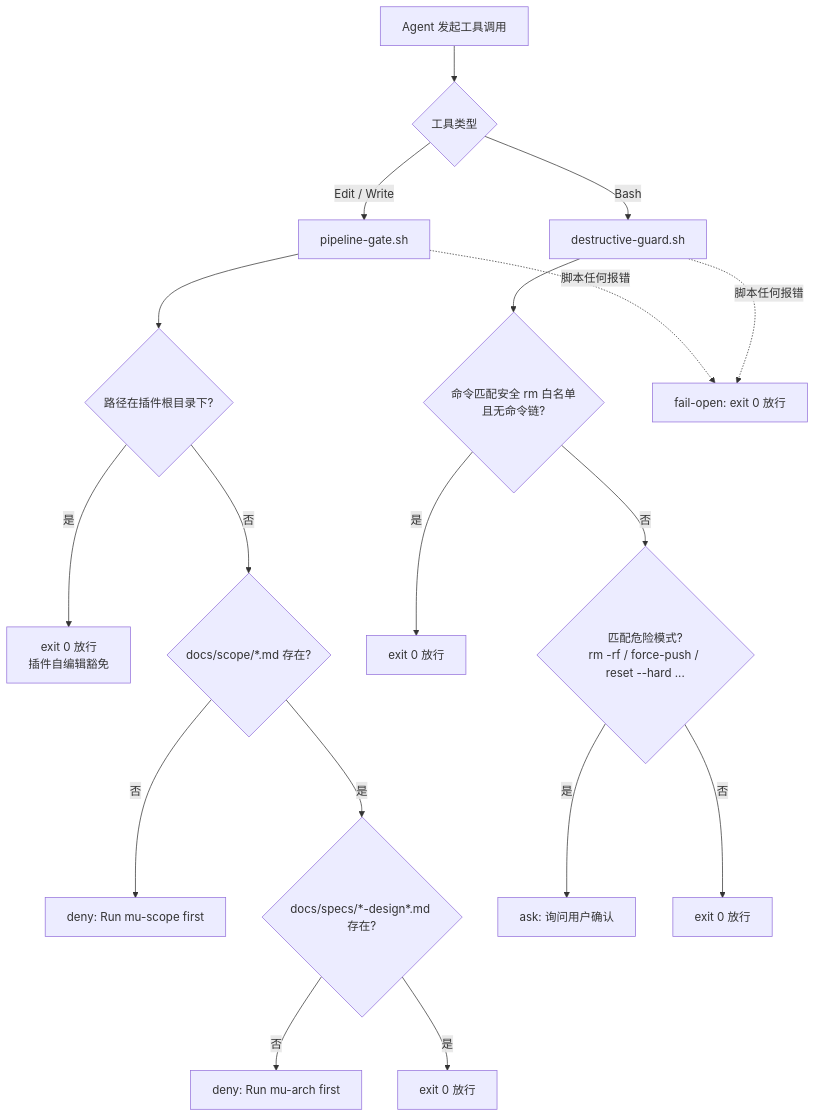
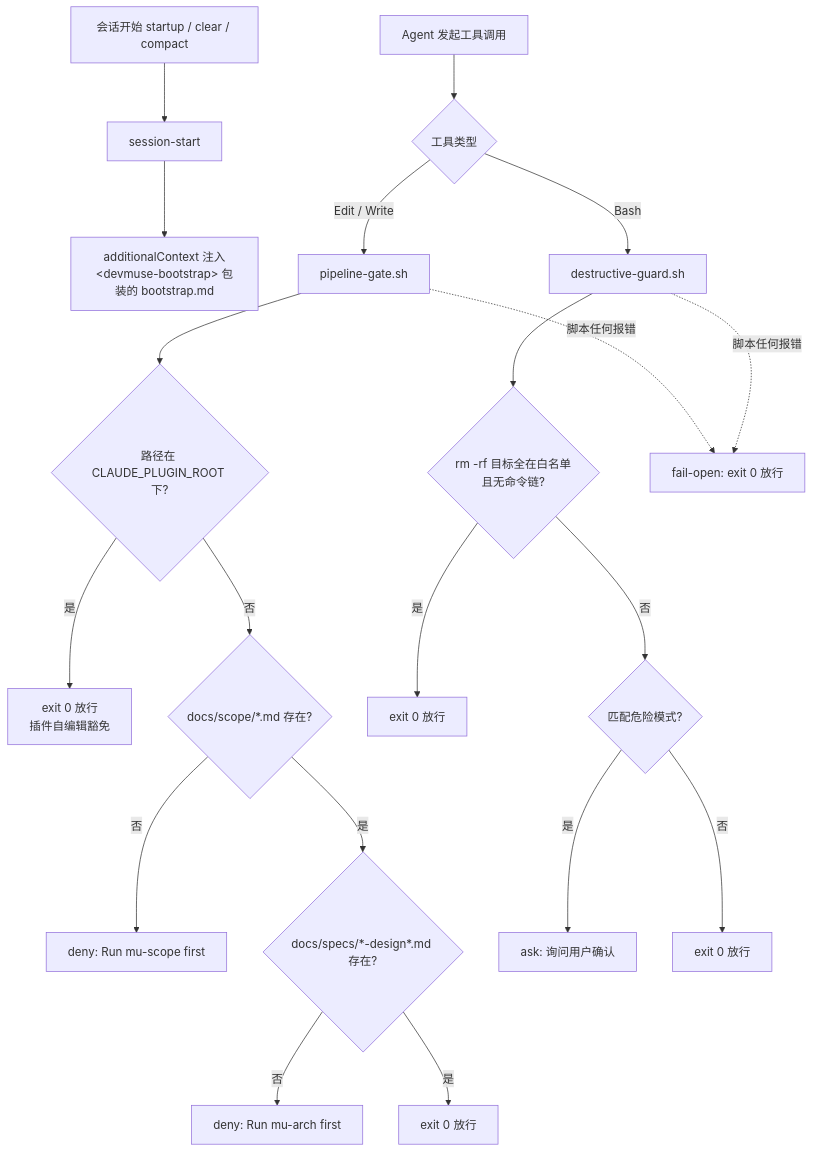
The first of 2 diagrams in docs/wiki/hooks-and-gates.md (knotmark-ai/devmuse), drawn with Mermaid before and after one commit. The commit also changed other lines of this file and 6 other files, not shown here.

````diff
--- a/docs/wiki/hooks-and-gates.md
+++ b/docs/wiki/hooks-and-gates.md
@@ -36,23 +34,26 @@
 ```mermaid
 graph TD
+    S[会话开始 startup / clear / compact] --> SS[session-start]
+    SS --> INJ["additionalContext 注入<br/>&lt;devmuse-bootstrap&gt; 包装的 bootstrap.md"]
+
     A[Agent 发起工具调用] --> B{工具类型}
     B -->|Edit / Write| C[pipeline-gate.sh]
     B -->|Bash| D[destructive-guard.sh]
 
-    C --> E{路径在插件根目录下?}
+    C --> E{路径在 CLAUDE_PLUGIN_ROOT 下?}
     E -->|是| F[exit 0 放行<br/>插件自编辑豁免]
     E -->|否| G{docs/scope/*.md 存在?}
-    G -->|否| H[deny: Run mu-scope first]
+    G -->|否| H["deny: Run mu-scope first"]
     G -->|是| I{docs/specs/*-design*.md 存在?}
-    I -->|否| J[deny: Run mu-arch first]
+    I -->|否| J["deny: Run mu-arch first"]
     I -->|是| K[exit 0 放行]
 
-    D --> L{命令匹配安全 rm 白名单<br/>且无命令链?}
+    D --> L{rm -rf 目标全在白名单<br/>且无命令链?}
     L -->|是| M[exit 0 放行]
-    L -->|否| N{匹配危险模式?<br/>rm -rf / force-push / reset --hard ...}
+    L -->|否| N{匹配危险模式?}
     N -->|是| O[ask: 询问用户确认]
     N -->|否| P[exit 0 放行]
 
     C -.脚本任何报错.-> Q[fail-open: exit 0 放行]
     D -.脚本任何报错.-> Q
 ```
````
